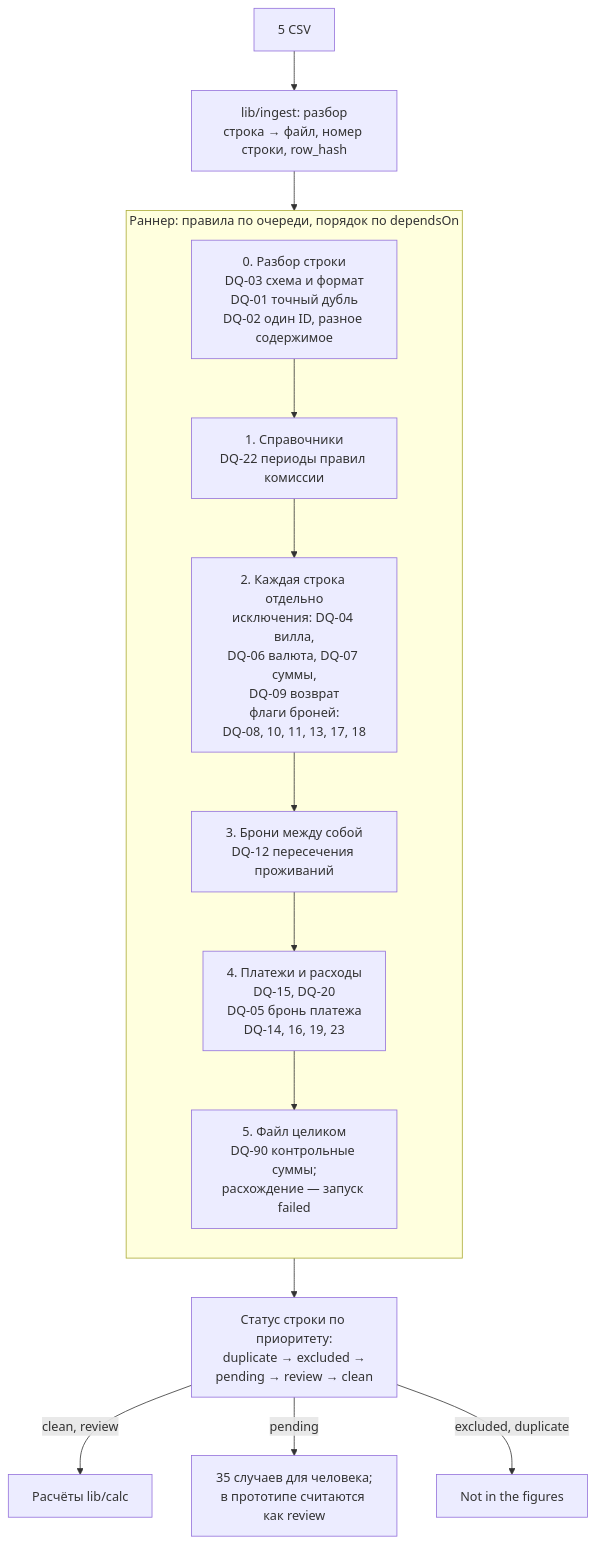
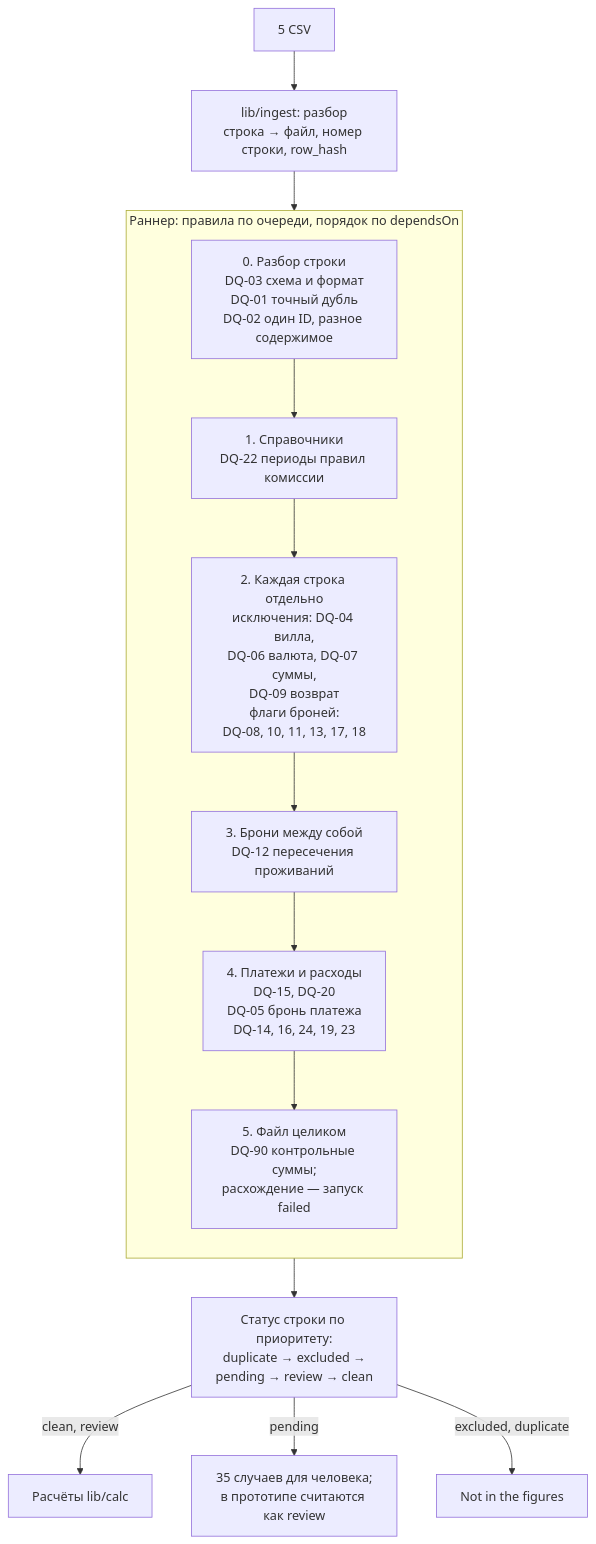
The first of 4 diagrams in README.md (ProjectINT/business-system), drawn with Mermaid before and after one commit. The commit also changed other lines of this file and 13 other files, not shown here.

````diff
--- a/README.md
+++ b/README.md
@@ -223,19 +223,19 @@
 ```mermaid
 flowchart TB
   CSV["5 CSV"] --> ING["lib/ingest: разбор<br/>строка → файл, номер строки, row_hash"]
   ING --> S0
   subgraph RUN["Раннер: правила по очереди, порядок по dependsOn"]
     direction TB
     S0["0. Разбор строки<br/>DQ-03 схема и формат<br/>DQ-01 точный дубль<br/>DQ-02 один ID, разное содержимое"]
     S1["1. Справочники<br/>DQ-22 периоды правил комиссии"]
     S2["2. Каждая строка отдельно<br/>исключения: DQ-04 вилла,<br/>DQ-06 валюта, DQ-07 суммы,<br/>DQ-09 возврат<br/>флаги броней:<br/>DQ-08, 10, 11, 13, 17, 18"]
     S3["3. Брони между собой<br/>DQ-12 пересечения проживаний"]
-    S4["4. Платежи и расходы<br/>DQ-15, DQ-20<br/>DQ-05 бронь платежа<br/>DQ-14, 16, 19, 23"]
+    S4["4. Платежи и расходы<br/>DQ-15, DQ-20<br/>DQ-05 бронь платежа<br/>DQ-14, 16, 24, 19, 23"]
     S5["5. Файл целиком<br/>DQ-90 контрольные суммы;<br/>расхождение — запуск failed"]
     S0 --> S1 --> S2 --> S3 --> S4 --> S5
   end
   S5 --> V["Статус строки по приоритету:<br/>duplicate → excluded →<br/>pending → review → clean"]
   V -->|"clean, review"| CALC["Расчёты lib/calc"]
   V -->|"pending"| CASES["35 случаев для человека;<br/>в прототипе считаются как review"]
   V -->|"excluded, duplicate"| OUT["Not in the figures"]
 ```
````
